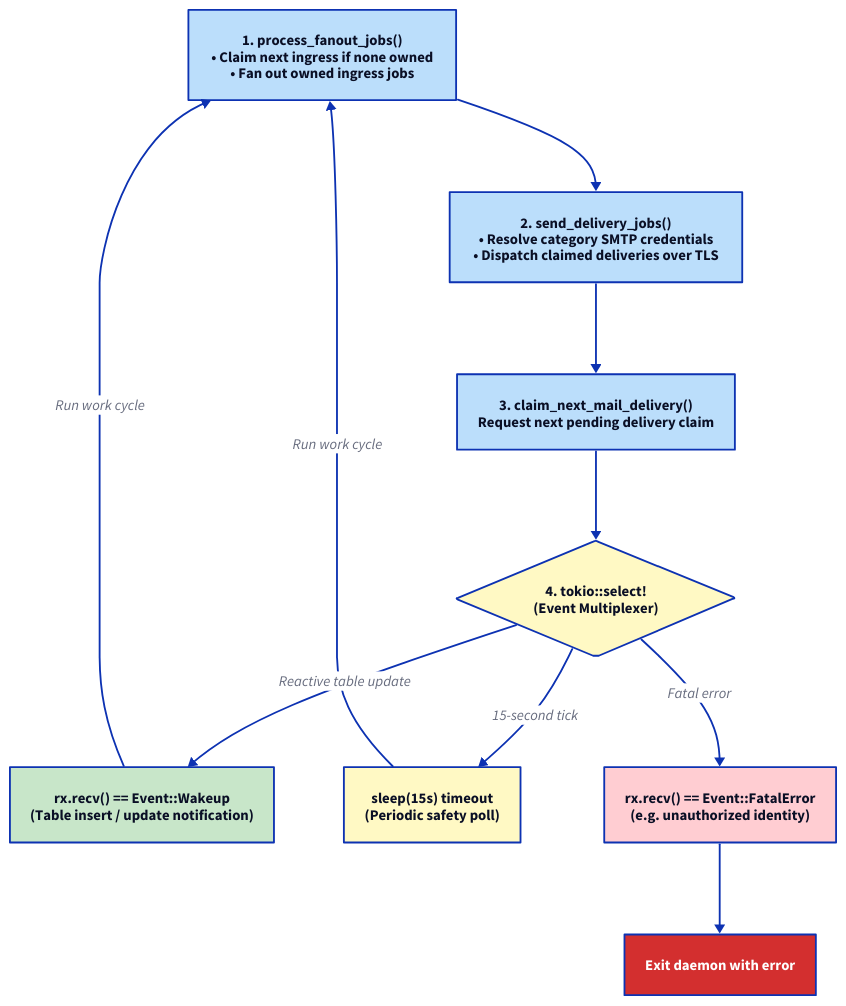
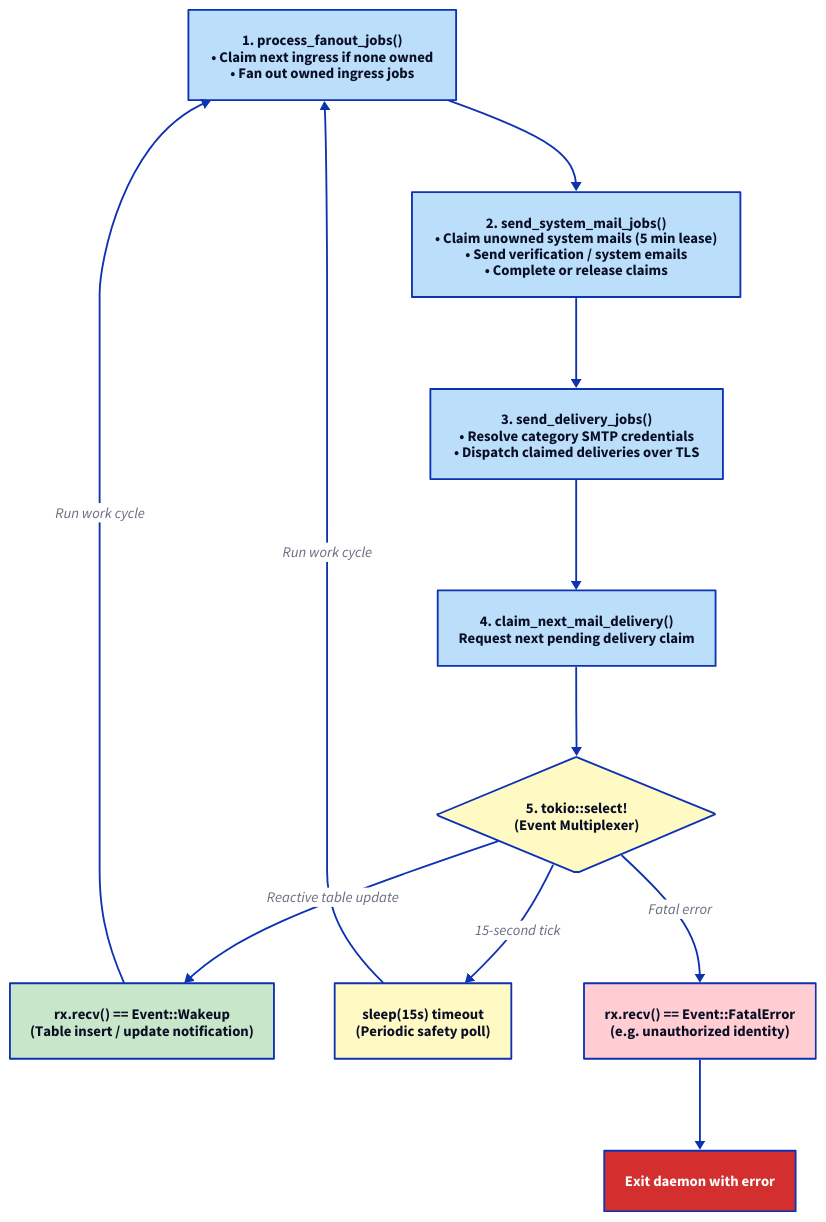
One commit to enaut/kommunikationszentrum changed the diagram in docs/src/core/sender/control-flow-main-event-loop.d2. Above: the diagram before and after it, drawn with D2. The commit also changed 20 other files, not shown here.

First line of the commit message:
The documentation and D2 diagrams across the Kommunikationszentrum repository have been comprehensively updated to reflect the architectural enhancements introduced in the last three commits (`fd0b473`, `7e1d919`, and `e8ae9a0`).

```diff
--- a/docs/src/core/sender/control-flow-main-event-loop.d2
+++ b/docs/src/core/sender/control-flow-main-event-loop.d2
@@ -1,27 +1,29 @@
 direction: down
 
 fanout: "1. process_fanout_jobs()\n• Claim next ingress if none owned\n• Fan out owned ingress jobs" { style.fill: "#bbdefb" }
-delivery: "2. send_delivery_jobs()\n• Resolve category SMTP credentials\n• Dispatch claimed deliveries over TLS" { style.fill: "#bbdefb" }
-claim: "3. claim_next_mail_delivery()\nRequest next pending delivery claim" { style.fill: "#bbdefb" }
+system_mail: "2. send_system_mail_jobs()\n• Claim unowned system mails (5 min lease)\n• Send verification / system emails\n• Complete or release claims" { style.fill: "#bbdefb" }
+delivery: "3. send_delivery_jobs()\n• Resolve category SMTP credentials\n• Dispatch claimed deliveries over TLS" { style.fill: "#bbdefb" }
+claim: "4. claim_next_mail_delivery()\nRequest next pending delivery claim" { style.fill: "#bbdefb" }
 
-wait: "4. tokio::select!\n(Event Multiplexer)" {
+wait: "5. tokio::select!\n(Event Multiplexer)" {
   shape: diamond
   style.fill: "#fff9c4"
 }
 
 wakeup: "rx.recv() == Event::Wakeup\n(Table insert / update notification)" { style.fill: "#c8e6c9" }
 timer: "sleep(15s) timeout\n(Periodic safety poll)" { style.fill: "#fff9c4" }
 fatal: "rx.recv() == Event::FatalError\n(e.g. unauthorized identity)" { style.fill: "#ffcdd2" }
 term: "Exit daemon with error" { style.fill: "#d32f2f"; style.font-color: white }
 
-fanout -> delivery
+fanout -> system_mail
+system_mail -> delivery
 delivery -> claim
 claim -> wait
 
 wait -> wakeup: "Reactive table update"
 wait -> timer: "15-second tick"
 wait -> fatal: "Fatal error"
 
 wakeup -> fanout: "Run work cycle"
 timer -> fanout: "Run work cycle"
 fatal -> term
```
